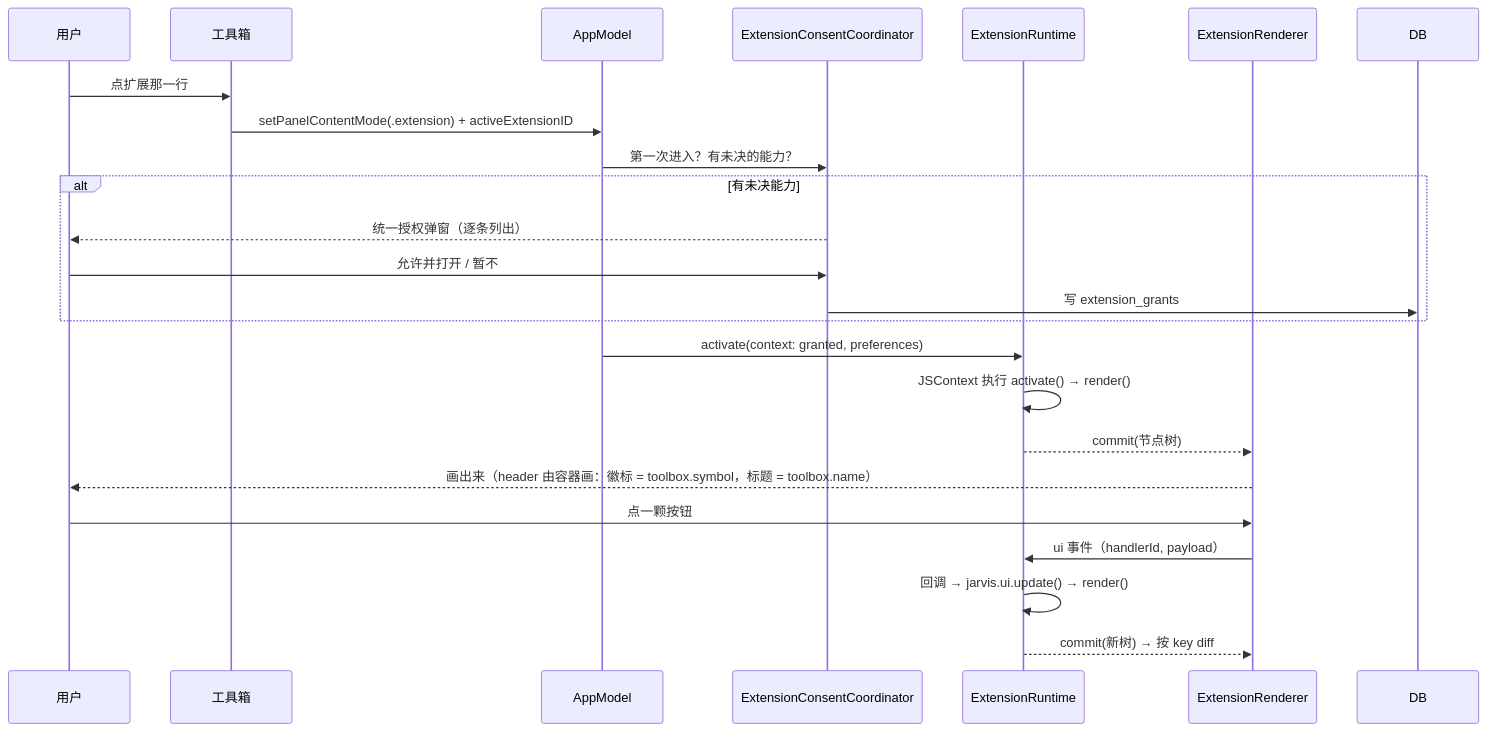
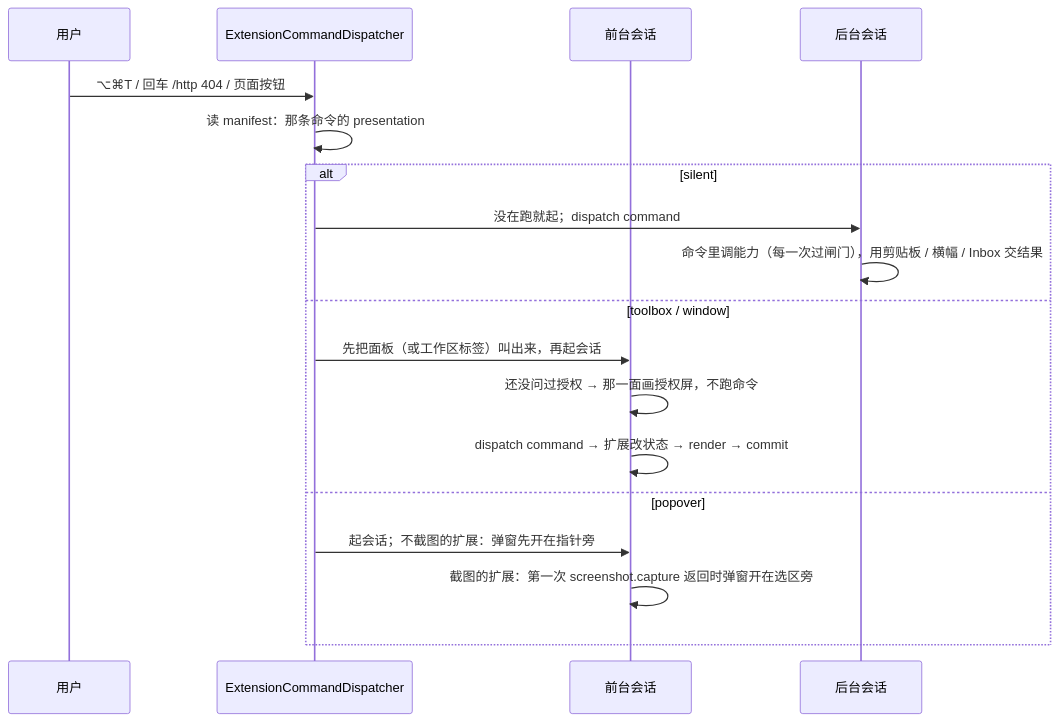
Before and after one commit to fusionseek/jarvis-extensions: the second of 4 diagrams in docs/02-architecture.md, drawn with Mermaid. The commit also changed other lines of this file and 87 other files, not shown here.

First line of the commit message:
feat(schema): move extensions to manifest v2 domains and SDK 2

````diff
--- a/docs/02-architecture.md
+++ b/docs/02-architecture.md
@@ -86,25 +169,20 @@
 ```mermaid
 sequenceDiagram
     participant U as 用户
-    participant T as 工具箱
-    participant M as AppModel
-    participant C as ExtensionConsentCoordinator
-    participant R as ExtensionRuntime
-    participant V as ExtensionRenderer
-    U->>T: 点扩展那一行
-    T->>M: setPanelContentMode(.extension) + activeExtensionID
-    M->>C: 第一次进入？有未决的能力？
-    alt 有未决能力
-        C-->>U: 统一授权弹窗（逐条列出）
-        U->>C: 允许并打开 / 暂不
-        C->>DB: 写 extension_grants
+    participant D as ExtensionCommandDispatcher
+    participant F as 前台会话
+    participant B as 后台会话
+    U->>D: ⌥⌘T / 回车 /http 404 / 页面按钮
+    D->>D: 读 manifest：那条命令的 presentation
+    alt silent
+        D->>B: 没在跑就起；dispatch command
+        B->>B: 命令里调能力（每一次过闸门），用剪贴板 / 横幅 / Inbox 交结果
+    else toolbox / window
+        D->>F: 先把面板（或工作区标签）叫出来，再起会话
+        F->>F: 还没问过授权 → 那一面画授权屏，不跑命令
+        F->>F: dispatch command → 扩展改状态 → render → commit
+    else popover
+        D->>F: 起会话；不截图的扩展：弹窗先开在指针旁
+        F->>F: 截图的扩展：第一次 screenshot.capture 返回时弹窗开在选区旁
     end
-    M->>R: activate(context: granted, preferences)
-    R->>R: JSContext 执行 activate() → render()
-    R-->>V: commit(节点树)
-    V-->>U: 画出来（header 由容器画：徽标 = toolbox.symbol，标题 = toolbox.name）
-    U->>V: 点一颗按钮
-    V->>R: ui 事件（handlerId, payload）
-    R->>R: 回调 → jarvis.ui.update() → render()
-    R-->>V: commit(新树) → 按 key diff
 ```
````
